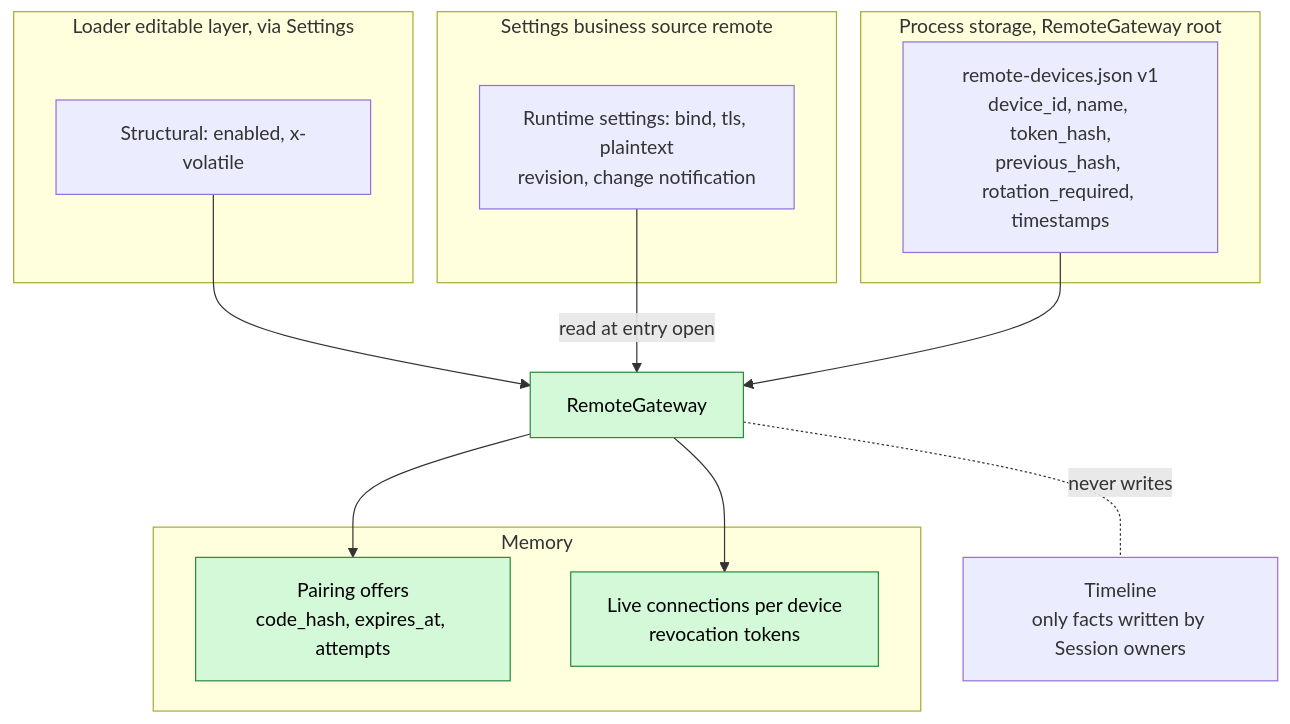
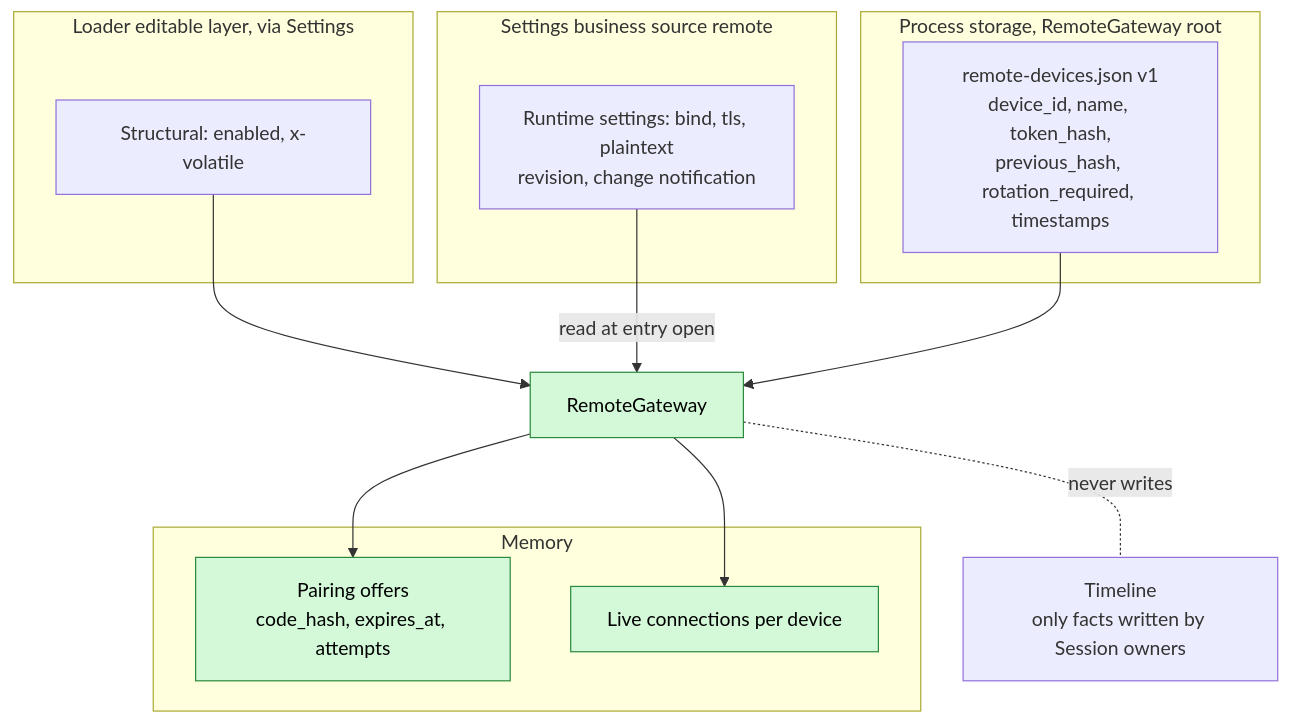
One commit to CoutinhoTTS/dim-agent changed the second of 6 diagrams in docs/design/plugins/RemoteGateway.md. Above: the diagram before and after it, drawn with Mermaid. The commit also changed other lines of this file and 2 other files, not shown here.

````diff
--- a/docs/design/plugins/RemoteGateway.md
+++ b/docs/design/plugins/RemoteGateway.md
@@ -45,24 +45,24 @@
 ```mermaid
 flowchart TB
   subgraph LEL["Loader editable layer, via Settings"]
     CFG["Structural: enabled, x-volatile"]
   end
   subgraph BS["Settings business source remote"]
     RS["Runtime settings: bind, tls, plaintext<br/>revision, change notification"]
   end
   subgraph PS["Process storage, RemoteGateway root"]
     DEVS["remote-devices.json v1<br/>device_id, name, token_hash,<br/>previous_hash, rotation_required, timestamps"]
   end
   subgraph MEM["Memory"]
     OFF["Pairing offers<br/>code_hash, expires_at, attempts"]:::new
-    LIVE["Live connections per device<br/>revocation tokens"]:::new
+    LIVE["Live connections per device"]:::new
   end
   TL["Timeline<br/>only facts written by Session owners"]
   CFG --> RG["RemoteGateway"]:::new
   RS -->|"read at entry open"| RG
   DEVS --> RG
   RG --> OFF
   RG --> LIVE
   RG -.-|"never writes"| TL
   classDef new fill:#d3f9d8,stroke:#2b8a3e,color:#000
 ```
````
